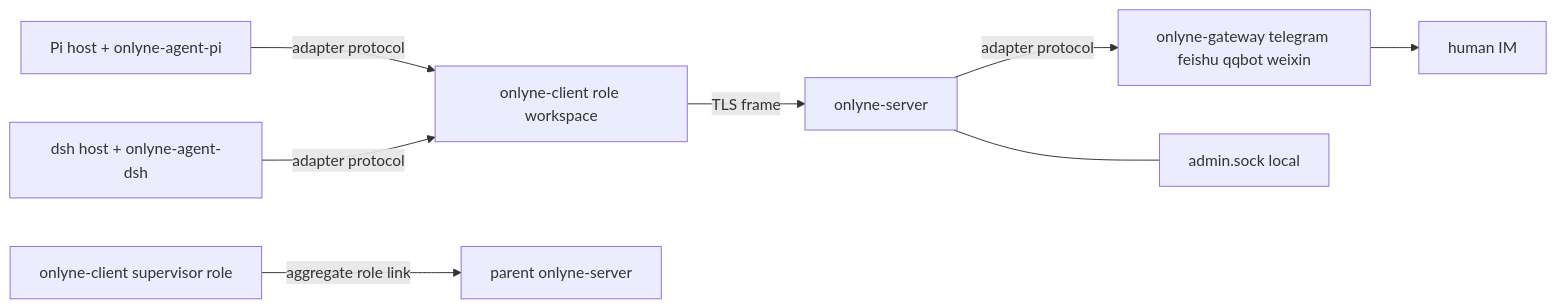
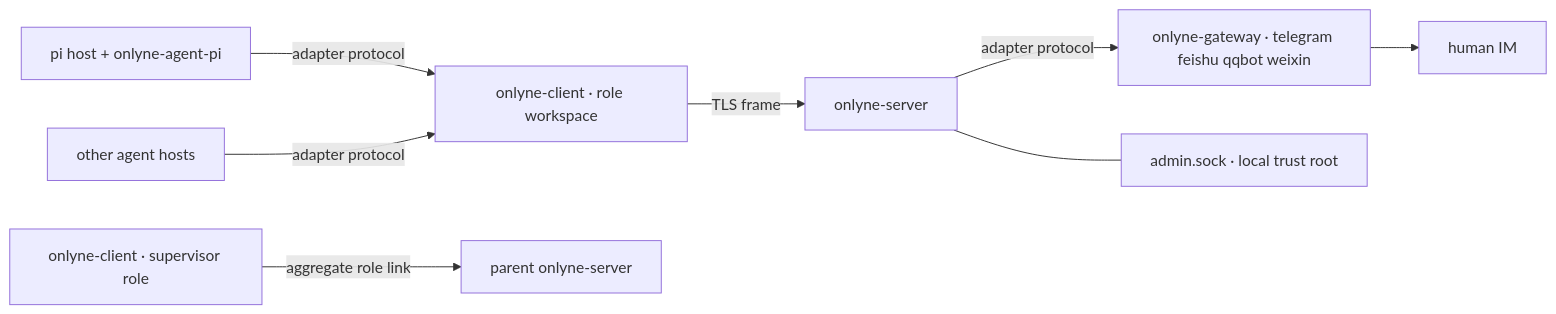
Before and after one commit to dbydd/onlyne: the diagram in README.md, drawn with Mermaid. The commit also changed other lines of this file and 1 other file, not shown here.

````diff
--- a/README.md
+++ b/README.md
@@ -9,10 +49,10 @@
 ```mermaid
 graph LR
-  P[Pi host + onlyne-agent-pi] -->|adapter protocol| C[onlyne-client role workspace]
-  D[dsh host + onlyne-agent-dsh] -->|adapter protocol| C
-  C -->|TLS frame| S[onlyne-server]
-  S -->|adapter protocol| G[onlyne-gateway telegram feishu qqbot weixin]
+  P[pi host + onlyne-agent-pi] -->|adapter protocol| C[onlyne-client · role workspace]
+  S1[other agent hosts] -->|adapter protocol| C
+  C -->|TLS frame| SRV[onlyne-server]
+  SRV -->|adapter protocol| G[onlyne-gateway · telegram feishu qqbot weixin]
   G --> H[human IM]
-  C2[onlyne-client supervisor role] -->|aggregate role link| SP[parent onlyne-server]
-  S --- SADM[admin.sock local]
+  C2[onlyne-client · supervisor role] -->|aggregate role link| SP[parent onlyne-server]
+  SRV --- A[admin.sock · local trust root]
 ```
````
